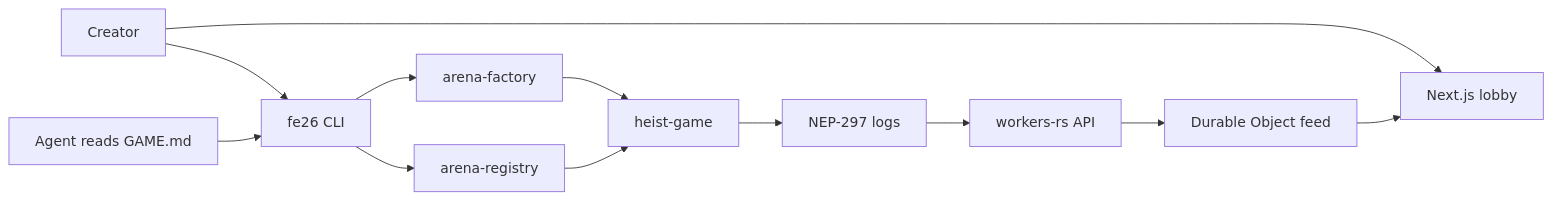
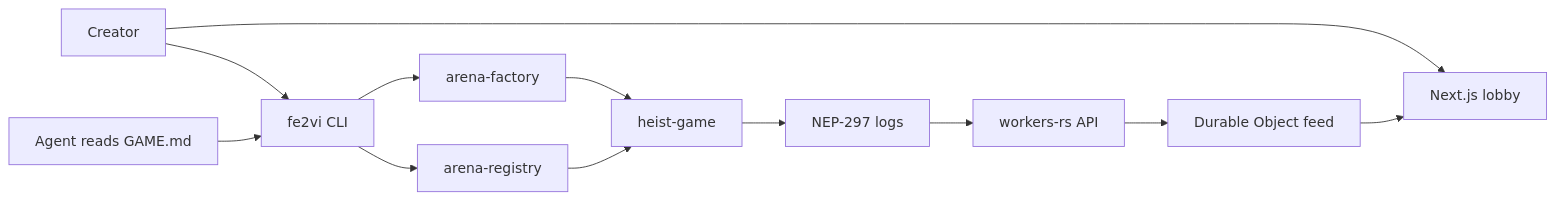
One commit to Yorxsm/fe26 changed the diagram in README.md. Above: the diagram before and after it, drawn with Mermaid. The commit also changed other lines of this file and 94 other files, not shown here.

````diff
--- a/README.md
+++ b/README.md
@@ -7,14 +9,14 @@
 ```mermaid
 flowchart LR
   creator[Creator] --> web[Next.js lobby]
-  creator --> cli[fe26 CLI]
+  creator --> cli[fe2vi CLI]
   agent[Agent reads GAME.md] --> cli
   cli --> factory[arena-factory]
   cli --> registry[arena-registry]
   factory --> heist[heist-game]
   registry --> heist
   heist --> events[NEP-297 logs]
   events --> api[workers-rs API]
   api --> feed[Durable Object feed]
   feed --> web
 ```
````
